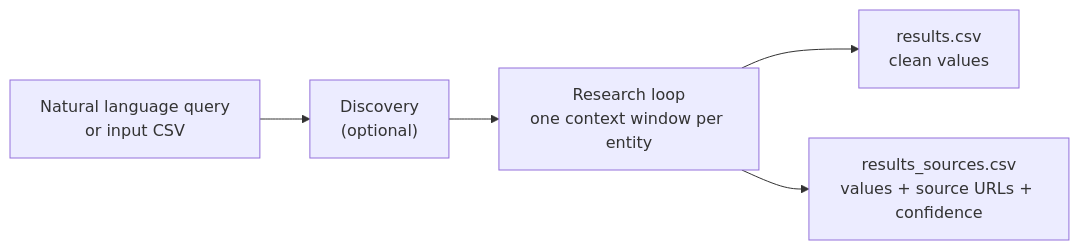
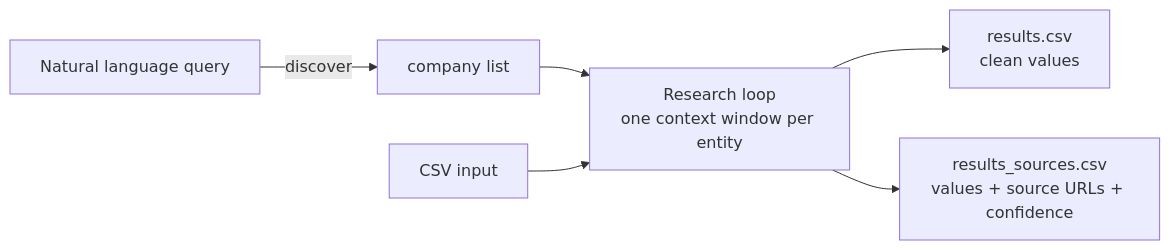
The diagram in README.md (dhegde11/healthtech-intel), drawn with Mermaid before and after one commit.

Commit message:
docs: update Mermaid diagram to show two entry paths

````diff
--- a/README.md
+++ b/README.md
@@ -13,7 +13,8 @@
 ```mermaid
 flowchart LR
-    A["Natural language query<br/>or input CSV"] --> B["Discovery<br/>(optional)"]
+    A["Natural language query"] -->|discover| B["company list"]
     B --> C["Research loop<br/>one context window per entity"]
-    C --> D["results.csv<br/>clean values"]
-    C --> E["results_sources.csv<br/>values + source URLs + confidence"]
+    D["CSV input"] --> C
+    C --> E["results.csv<br/>clean values"]
+    C --> F["results_sources.csv<br/>values + source URLs + confidence"]
 ```
````
